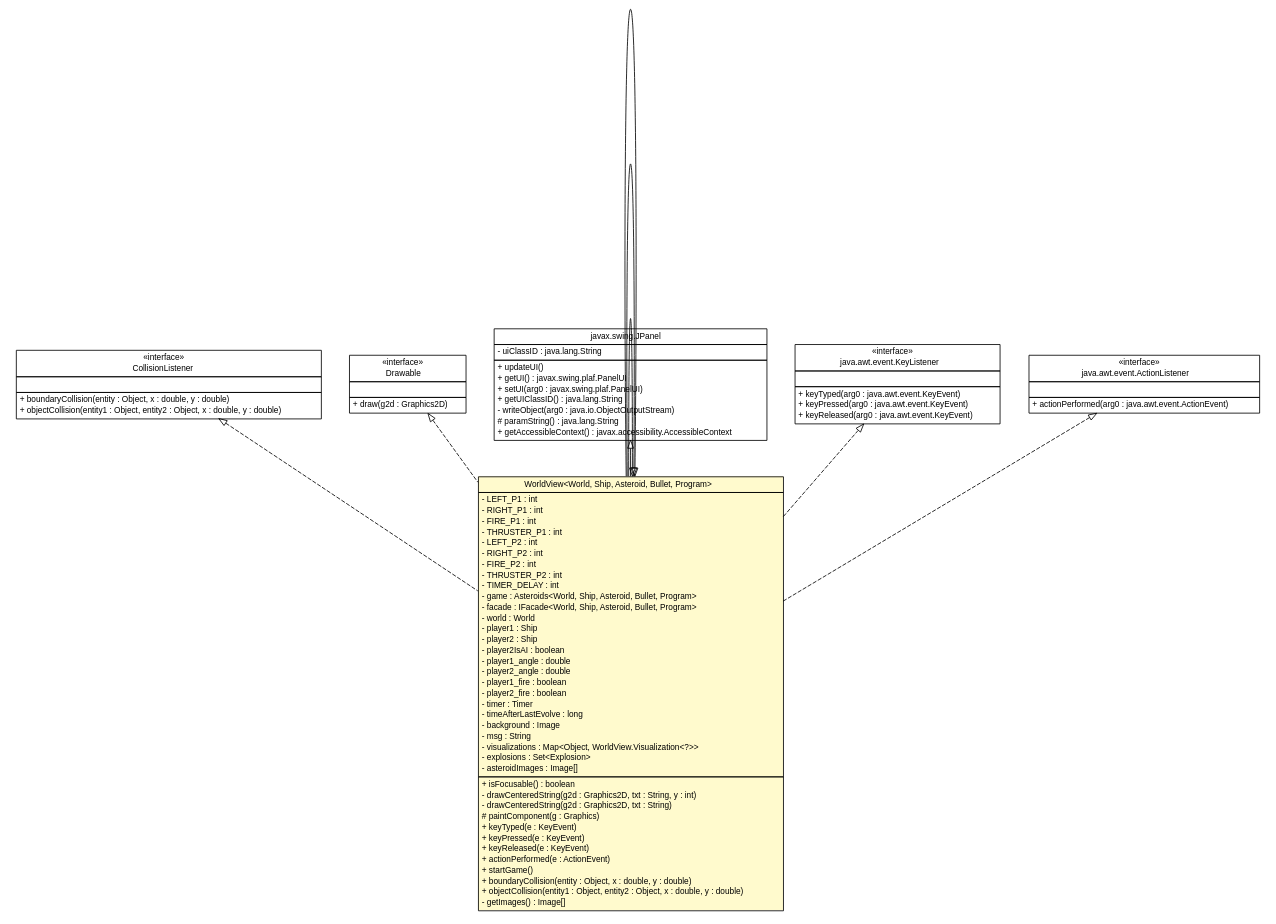
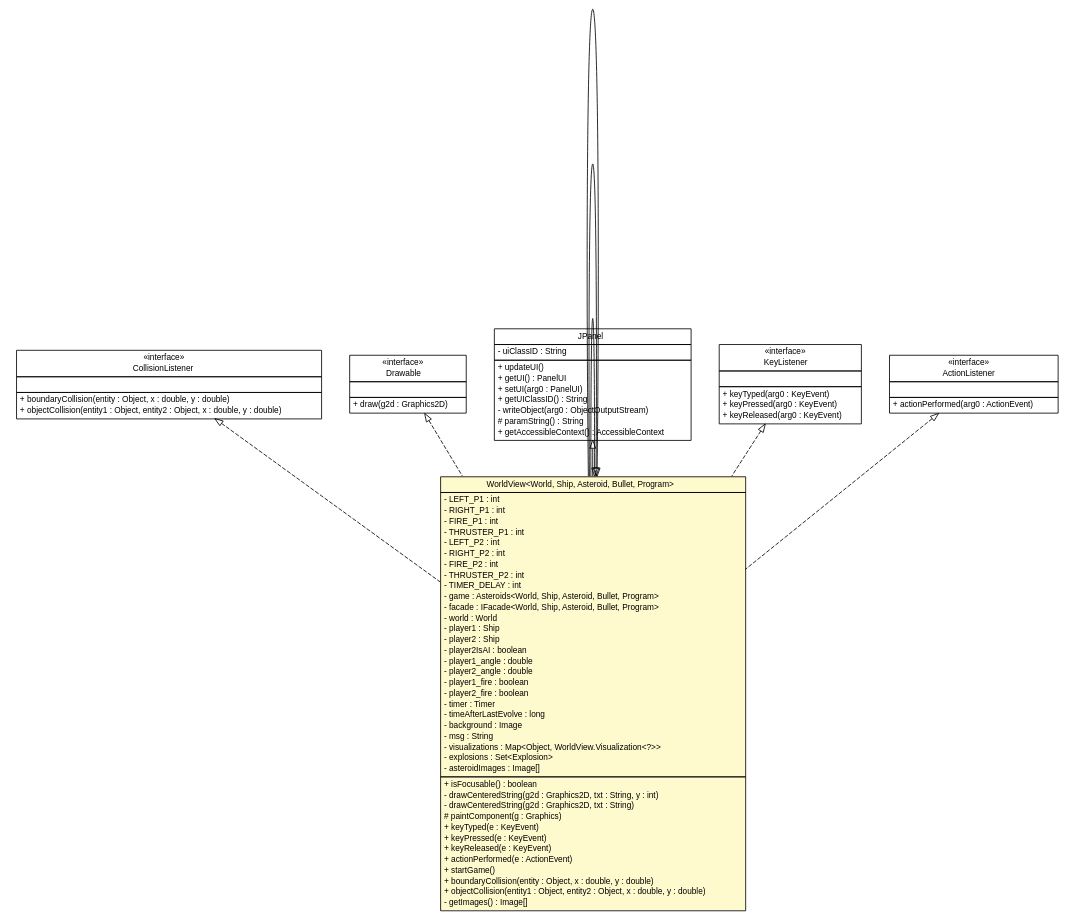
One commit to sinopeus/asteroids changed the diagram in doc/main/WorldView.dot. Above: the diagram before and after it, drawn with Graphviz. The commit also changed 412 other files, not shown here.

Commit message:
Some more UML shit.

```diff
--- a/doc/main/WorldView.dot
+++ b/doc/main/WorldView.dot
@@ -1,149 +1,149 @@
 #!/usr/local/bin/dot
 #
 # Class diagram 
 # Generated by UMLGraph version R5_6 (http://www.umlgraph.org/)
 #
 
 digraph G {
 	edge [fontname="Helvetica",fontsize=10,labelfontname="Helvetica",labelfontsize=10];
 	node [fontname="Helvetica",fontsize=10,shape=plaintext];
 	nodesep=0.25;
 	ranksep=0.5;
 	// main.CollisionListener
 	c17926 [label=<<table title="main.CollisionListener" border="0" cellborder="1" cellspacing="0" cellpadding="2" port="p" href="./CollisionListener.html">
 		<tr><td><table border="0" cellspacing="0" cellpadding="1">
 <tr><td align="center" balign="center"> &#171;interface&#187; </td></tr>
 <tr><td align="center" balign="center"> CollisionListener </td></tr>
 		</table></td></tr>
 		<tr><td><table border="0" cellspacing="0" cellpadding="1">
 <tr><td align="left" balign="left">  </td></tr>
 		</table></td></tr>
 		<tr><td><table border="0" cellspacing="0" cellpadding="1">
 <tr><td align="left" balign="left"> + boundaryCollision(entity : Object, x : double, y : double) </td></tr>
 <tr><td align="left" balign="left"> + objectCollision(entity1 : Object, entity2 : Object, x : double, y : double) </td></tr>
 		</table></td></tr>
 		</table>>, URL="./CollisionListener.html", fontname="Helvetica", fontcolor="black", fontsize=10.0];
 	// main.WorldView<World, Ship, Asteroid, Bullet, Program>
 	c17927 [label=<<table title="main.WorldView" border="0" cellborder="1" cellspacing="0" cellpadding="2" port="p" bgcolor="lemonChiffon" href="./WorldView.html">
 		<tr><td><table border="0" cellspacing="0" cellpadding="1">
 <tr><td align="center" balign="center"> WorldView&lt;World, Ship, Asteroid, Bullet, Program&gt; </td></tr>
 		</table></td></tr>
 		<tr><td><table border="0" cellspacing="0" cellpadding="1">
 <tr><td align="left" balign="left"> - LEFT_P1 : int </td></tr>
 <tr><td align="left" balign="left"> - RIGHT_P1 : int </td></tr>
 <tr><td align="left" balign="left"> - FIRE_P1 : int </td></tr>
 <tr><td align="left" balign="left"> - THRUSTER_P1 : int </td></tr>
 <tr><td align="left" balign="left"> - LEFT_P2 : int </td></tr>
 <tr><td align="left" balign="left"> - RIGHT_P2 : int </td></tr>
 <tr><td align="left" balign="left"> - FIRE_P2 : int </td></tr>
 <tr><td align="left" balign="left"> - THRUSTER_P2 : int </td></tr>
 <tr><td align="left" balign="left"> - TIMER_DELAY : int </td></tr>
 <tr><td align="left" balign="left"> - game : Asteroids&lt;World, Ship, Asteroid, Bullet, Program&gt; </td></tr>
 <tr><td align="left" balign="left"> - facade : IFacade&lt;World, Ship, Asteroid, Bullet, Program&gt; </td></tr>
 <tr><td align="left" balign="left"> - world : World </td></tr>
 <tr><td align="left" balign="left"> - player1 : Ship </td></tr>
 <tr><td align="left" balign="left"> - player2 : Ship </td></tr>
 <tr><td align="left" balign="left"> - player2IsAI : boolean </td></tr>
 <tr><td align="left" balign="left"> - player1_angle : double </td></tr>
 <tr><td align="left" balign="left"> - player2_angle : double </td></tr>
 <tr><td align="left" balign="left"> - player1_fire : boolean </td></tr>
 <tr><td align="left" balign="left"> - player2_fire : boolean </td></tr>
 <tr><td align="left" balign="left"> - timer : Timer </td></tr>
 <tr><td align="left" balign="left"> - timeAfterLastEvolve : long </td></tr>
 <tr><td align="left" balign="left"> - background : Image </td></tr>
 <tr><td align="left" balign="left"> - msg : String </td></tr>
 <tr><td align="left" balign="left"> - visualizations : Map&lt;Object, WorldView.Visualization&lt;?&gt;&gt; </td></tr>
 <tr><td align="left" balign="left"> - explosions : Set&lt;Explosion&gt; </td></tr>
 <tr><td align="left" balign="left"> - asteroidImages : Image[] </td></tr>
 		</table></td></tr>
 		<tr><td><table border="0" cellspacing="0" cellpadding="1">
 <tr><td align="left" balign="left"> + isFocusable() : boolean </td></tr>
 <tr><td align="left" balign="left"> - drawCenteredString(g2d : Graphics2D, txt : String, y : int) </td></tr>
 <tr><td align="left" balign="left"> - drawCenteredString(g2d : Graphics2D, txt : String) </td></tr>
 <tr><td align="left" balign="left"> # paintComponent(g : Graphics) </td></tr>
 <tr><td align="left" balign="left"> + keyTyped(e : KeyEvent) </td></tr>
 <tr><td align="left" balign="left"> + keyPressed(e : KeyEvent) </td></tr>
 <tr><td align="left" balign="left"> + keyReleased(e : KeyEvent) </td></tr>
 <tr><td align="left" balign="left"> + actionPerformed(e : ActionEvent) </td></tr>
 <tr><td align="left" balign="left"> + startGame() </td></tr>
 <tr><td align="left" balign="left"> + boundaryCollision(entity : Object, x : double, y : double) </td></tr>
 <tr><td align="left" balign="left"> + objectCollision(entity1 : Object, entity2 : Object, x : double, y : double) </td></tr>
 <tr><td align="left" balign="left"> - getImages() : Image[] </td></tr>
 		</table></td></tr>
 		</table>>, URL="./WorldView.html", fontname="Helvetica", fontcolor="black", fontsize=10.0];
 	// main.Drawable
 	c17930 [label=<<table title="main.Drawable" border="0" cellborder="1" cellspacing="0" cellpadding="2" port="p" href="./Drawable.html">
 		<tr><td><table border="0" cellspacing="0" cellpadding="1">
 <tr><td align="center" balign="center"> &#171;interface&#187; </td></tr>
 <tr><td align="center" balign="center"> Drawable </td></tr>
 		</table></td></tr>
 		<tr><td><table border="0" cellspacing="0" cellpadding="1">
 <tr><td align="left" balign="left">  </td></tr>
 		</table></td></tr>
 		<tr><td><table border="0" cellspacing="0" cellpadding="1">
 <tr><td align="left" balign="left"> + draw(g2d : Graphics2D) </td></tr>
 		</table></td></tr>
 		</table>>, URL="./Drawable.html", fontname="Helvetica", fontcolor="black", fontsize=10.0];
 	//main.WorldView<World, Ship, Asteroid, Bullet, Program> extends javax.swing.JPanel
 	c18047:p -> c17927:p [dir=back,arrowtail=empty];
 	//main.WorldView<World, Ship, Asteroid, Bullet, Program> implements java.awt.event.KeyListener
 	c18048:p -> c17927:p [dir=back,arrowtail=empty,style=dashed];
 	//main.WorldView<World, Ship, Asteroid, Bullet, Program> implements java.awt.event.ActionListener
 	c18049:p -> c17927:p [dir=back,arrowtail=empty,style=dashed];
 	//main.WorldView<World, Ship, Asteroid, Bullet, Program> implements main.CollisionListener
 	c17926:p -> c17927:p [dir=back,arrowtail=empty,style=dashed];
 	//main.WorldView<World, Ship, Asteroid, Bullet, Program>.Visualization<T> implements main.Drawable
 	c17930:p -> c17927:p [dir=back,arrowtail=empty,style=dashed];
 	//main.WorldView<World, Ship, Asteroid, Bullet, Program>.ShipVisualization extends main.WorldView<World, Ship, Asteroid, Bullet, Program>.Visualization<Ship>
 	c17927:p -> c17927:p [dir=back,arrowtail=empty];
 	//main.WorldView<World, Ship, Asteroid, Bullet, Program>.AsteroidVisualization extends main.WorldView<World, Ship, Asteroid, Bullet, Program>.Visualization<Asteroid>
 	c17927:p -> c17927:p [dir=back,arrowtail=empty];
 	//main.WorldView<World, Ship, Asteroid, Bullet, Program>.BulletVisualization extends main.WorldView<World, Ship, Asteroid, Bullet, Program>.Visualization<Bullet>
 	c17927:p -> c17927:p [dir=back,arrowtail=empty];
 	// javax.swing.JPanel
 	c18047 [label=<<table title="javax.swing.JPanel" border="0" cellborder="1" cellspacing="0" cellpadding="2" port="p" href="http://java.sun.com/j2se/1.4.2/docs/api/javax/swing/JPanel.html">
 		<tr><td><table border="0" cellspacing="0" cellpadding="1">
-<tr><td align="center" balign="center"> javax.swing.JPanel </td></tr>
+<tr><td align="center" balign="center"> JPanel </td></tr>
 		</table></td></tr>
 		<tr><td><table border="0" cellspacing="0" cellpadding="1">
-<tr><td align="left" balign="left"> - uiClassID : java.lang.String </td></tr>
+<tr><td align="left" balign="left"> - uiClassID : String </td></tr>
 		</table></td></tr>
 		<tr><td><table border="0" cellspacing="0" cellpadding="1">
 <tr><td align="left" balign="left"> + updateUI() </td></tr>
-<tr><td align="left" balign="left"> + getUI() : javax.swing.plaf.PanelUI </td></tr>
-<tr><td align="left" balign="left"> + setUI(arg0 : javax.swing.plaf.PanelUI) </td></tr>
-<tr><td align="left" balign="left"> + getUIClassID() : java.lang.String </td></tr>
-<tr><td align="left" balign="left"> - writeObject(arg0 : java.io.ObjectOutputStream) </td></tr>
-<tr><td align="left" balign="left"> # paramString() : java.lang.String </td></tr>
-<tr><td align="left" balign="left"> + getAccessibleContext() : javax.accessibility.AccessibleContext </td></tr>
+<tr><td align="left" balign="left"> + getUI() : PanelUI </td></tr>
+<tr><td align="left" balign="left"> + setUI(arg0 : PanelUI) </td></tr>
+<tr><td align="left" balign="left"> + getUIClassID() : String </td></tr>
+<tr><td align="left" balign="left"> - writeObject(arg0 : ObjectOutputStream) </td></tr>
+<tr><td align="left" balign="left"> # paramString() : String </td></tr>
+<tr><td align="left" balign="left"> + getAccessibleContext() : AccessibleContext </td></tr>
 		</table></td></tr>
 		</table>>, URL="http://java.sun.com/j2se/1.4.2/docs/api/javax/swing/JPanel.html", fontname="Helvetica", fontcolor="black", fontsize=10.0];
 	// java.awt.event.KeyListener
 	c18048 [label=<<table title="java.awt.event.KeyListener" border="0" cellborder="1" cellspacing="0" cellpadding="2" port="p" href="http://java.sun.com/j2se/1.4.2/docs/api/java/awt/event/KeyListener.html">
 		<tr><td><table border="0" cellspacing="0" cellpadding="1">
 <tr><td align="center" balign="center"> &#171;interface&#187; </td></tr>
-<tr><td align="center" balign="center"> java.awt.event.KeyListener </td></tr>
+<tr><td align="center" balign="center"> KeyListener </td></tr>
 		</table></td></tr>
 		<tr><td><table border="0" cellspacing="0" cellpadding="1">
 <tr><td align="left" balign="left">  </td></tr>
 		</table></td></tr>
 		<tr><td><table border="0" cellspacing="0" cellpadding="1">
-<tr><td align="left" balign="left"> + keyTyped(arg0 : java.awt.event.KeyEvent) </td></tr>
-<tr><td align="left" balign="left"> + keyPressed(arg0 : java.awt.event.KeyEvent) </td></tr>
-<tr><td align="left" balign="left"> + keyReleased(arg0 : java.awt.event.KeyEvent) </td></tr>
+<tr><td align="left" balign="left"> + keyTyped(arg0 : KeyEvent) </td></tr>
+<tr><td align="left" balign="left"> + keyPressed(arg0 : KeyEvent) </td></tr>
+<tr><td align="left" balign="left"> + keyReleased(arg0 : KeyEvent) </td></tr>
 		</table></td></tr>
 		</table>>, URL="http://java.sun.com/j2se/1.4.2/docs/api/java/awt/event/KeyListener.html", fontname="Helvetica", fontcolor="black", fontsize=10.0];
 	// java.awt.event.ActionListener
 	c18049 [label=<<table title="java.awt.event.ActionListener" border="0" cellborder="1" cellspacing="0" cellpadding="2" port="p" href="http://java.sun.com/j2se/1.4.2/docs/api/java/awt/event/ActionListener.html">
 		<tr><td><table border="0" cellspacing="0" cellpadding="1">
 <tr><td align="center" balign="center"> &#171;interface&#187; </td></tr>
-<tr><td align="center" balign="center"> java.awt.event.ActionListener </td></tr>
+<tr><td align="center" balign="center"> ActionListener </td></tr>
 		</table></td></tr>
 		<tr><td><table border="0" cellspacing="0" cellpadding="1">
 <tr><td align="left" balign="left">  </td></tr>
 		</table></td></tr>
 		<tr><td><table border="0" cellspacing="0" cellpadding="1">
-<tr><td align="left" balign="left"> + actionPerformed(arg0 : java.awt.event.ActionEvent) </td></tr>
+<tr><td align="left" balign="left"> + actionPerformed(arg0 : ActionEvent) </td></tr>
 		</table></td></tr>
 		</table>>, URL="http://java.sun.com/j2se/1.4.2/docs/api/java/awt/event/ActionListener.html", fontname="Helvetica", fontcolor="black", fontsize=10.0];
 }
```
